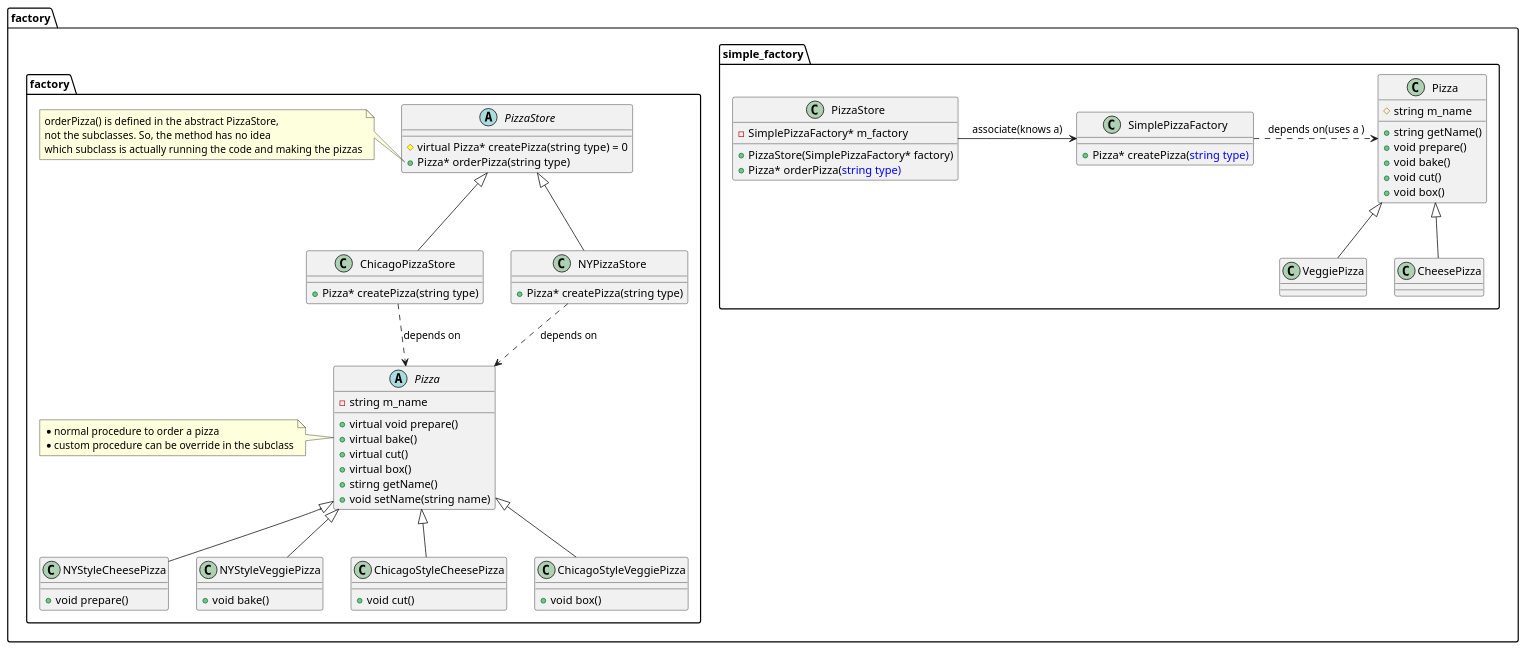
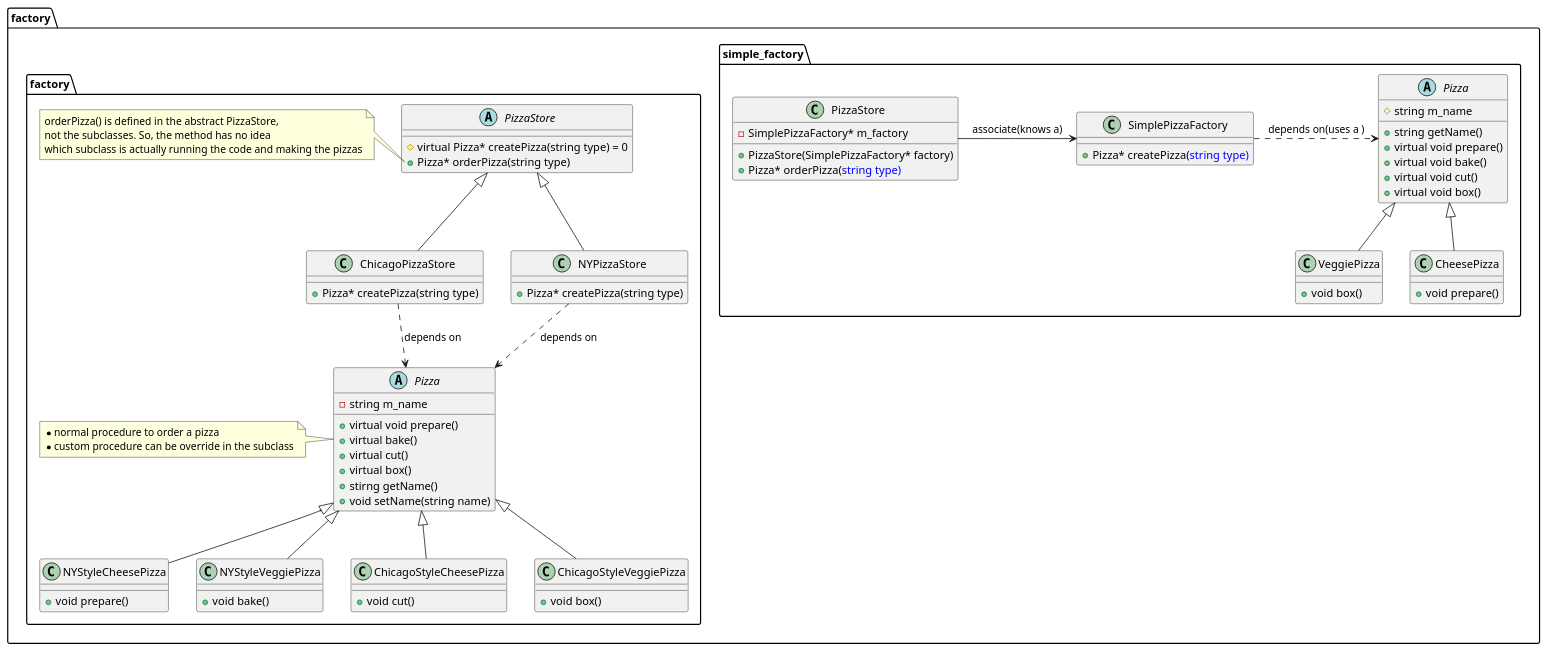
One commit to jwbecalm/Head-First-Design-Patterns-in-CPP changed the diagram in ch04_Factory/00. plantuml/Factory.plantuml. Above: the diagram before and after it, drawn with PlantUML. The commit also changed 9 other files, not shown here.

```diff
--- a/ch04_Factory/00. plantuml/Factory.plantuml
+++ b/ch04_Factory/00. plantuml/Factory.plantuml
@@ -1,95 +1,95 @@
 @startuml SimpleFactory
 
 namespace factory.simple_factory{
 
 class PizzaStore{
     - SimplePizzaFactory* m_factory
     + PizzaStore(SimplePizzaFactory* factory)
     + Pizza* orderPizza(<color:blue>string type)
 }
 
 class SimplePizzaFactory{
     + Pizza* createPizza(<color:blue>string type)
 }
 
-class Pizza{
+abstract class Pizza{
     # string m_name
     + string getName()
-    + void prepare()
-    + void bake()
-    + void cut()
-    + void box()
+    + virtual void prepare()
+    + virtual void bake()
+    + virtual void cut()
+    + virtual void box()
 }
 class CheesePizza extends Pizza{
-
+    + void prepare()
 }
 class VeggiePizza extends Pizza{
-
+    + void box()
 }
 
 'layout
 PizzaStore -[hidden]> SimplePizzaFactory
 SimplePizzaFactory -[hidden]> Pizza
 
 PizzaStore --> SimplePizzaFactory: associate(knows a)
 SimplePizzaFactory ..> Pizza: depends on(uses a )
 ' PizzaStore --> Pizza: associate(knows a)
 ' Association: One object is aware of another; it contains a pointer or reference to another object.
 }
 
 
 namespace factory.factory{
     abstract PizzaStore{
         # virtual Pizza* createPizza(string type) = 0
         + Pizza* orderPizza(string type)
     }
     note left of PizzaStore::orderPizza
     orderPizza() is defined in the abstract PizzaStore, 
     not the subclasses. So, the method has no idea 
     which subclass is actually running the code and making the pizzas
     end note
 
     class NYPizzaStore extends PizzaStore{
         + Pizza* createPizza(string type)
 
     }
     class ChicagoPizzaStore extends PizzaStore{
         + Pizza* createPizza(string type)
 
     }
 
     abstract Pizza{
         -string m_name
         + virtual void prepare()
         + virtual bake()
         + virtual cut()
         + virtual box()
         + stirng getName()
         + void setName(string name)
 
     }
     abstract Pizza 
     note left: *normal procedure to order a pizza\n*custom procedure can be override in the subclass
 
     class NYStyleCheesePizza extends Pizza{
         + void prepare()
     }
     class NYStyleVeggiePizza extends Pizza{
         + void bake()
     }
     class ChicagoStyleCheesePizza extends Pizza{
         + void cut()
     }
     class ChicagoStyleVeggiePizza extends Pizza{
         + void box()
     }
 
     NYPizzaStore ..> Pizza: depends on
     ChicagoPizzaStore ..> Pizza: depends on
 
     'layout
     Pizza -[hidden]> PizzaStore
     ChicagoStyleVeggiePizza -[hidden]> NYPizzaStore
 }
 
 @enduml
```
